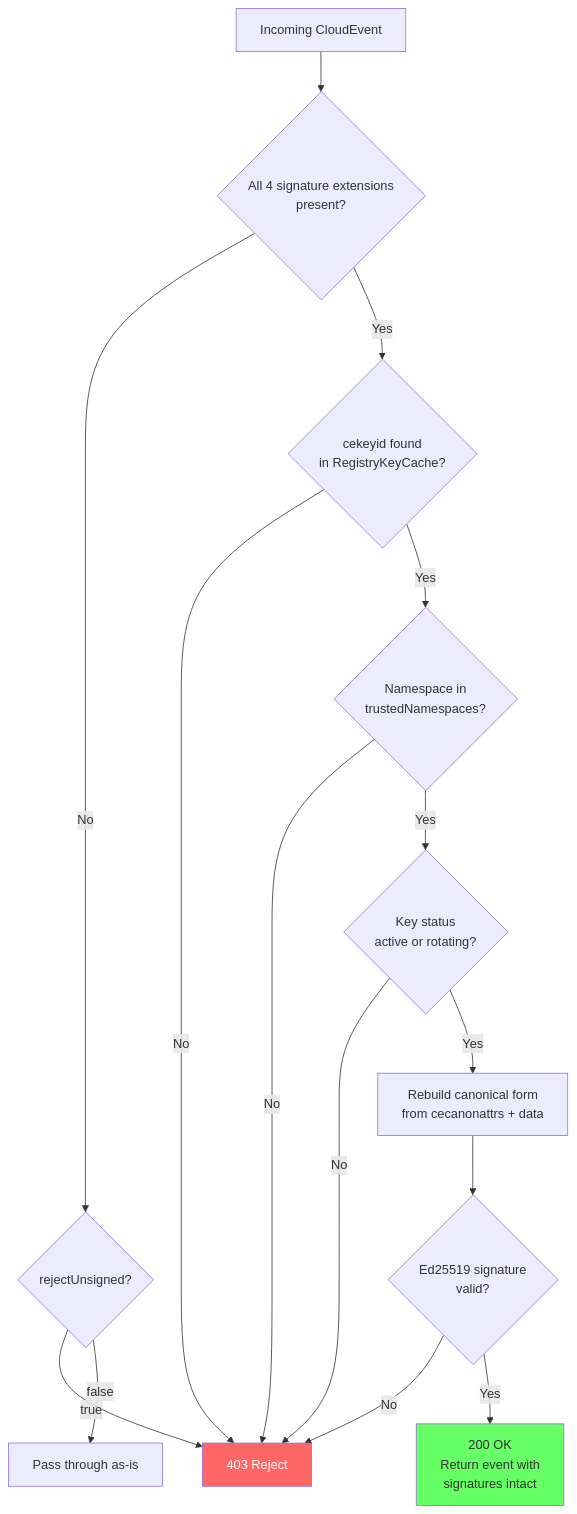
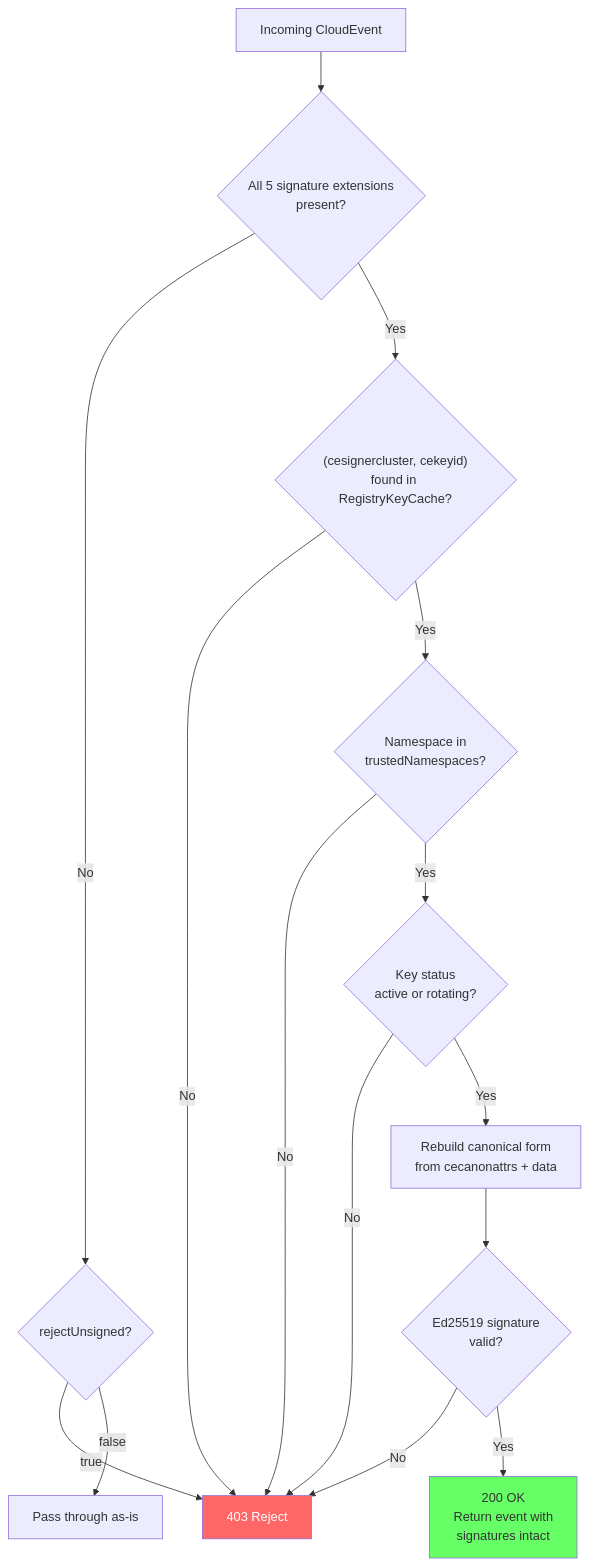
Before and after one commit to nrrso/eventing-signing-operator: the eighth of 10 diagrams in docs/FLOWCHART.md, drawn with Mermaid. The commit also changed other lines of this file, not shown here.

First line of the commit message:
chore(docs): update FLOWCHART.md for current state and add UC2 federation scenario

````diff
--- a/docs/FLOWCHART.md
+++ b/docs/FLOWCHART.md
@@ -151,25 +200,25 @@
 ```mermaid
 flowchart TD
-    A[Incoming CloudEvent] --> B{All 4 signature extensions<br/>present?}
+    A[Incoming CloudEvent] --> B{All 5 signature extensions<br/>present?}
 
     B -- No --> C{rejectUnsigned?}
     C -- true --> D[403 Reject]
     C -- false --> E[Pass through as-is]
 
-    B -- Yes --> F{cekeyid found<br/>in RegistryKeyCache?}
+    B -- Yes --> F{"(cesignercluster, cekeyid)<br/>found in RegistryKeyCache?"}
     F -- No --> D
 
     F -- Yes --> G{Namespace in<br/>trustedNamespaces?}
     G -- No --> D
 
     G -- Yes --> H{Key status<br/>active or rotating?}
     H -- No --> D
 
     H -- Yes --> I[Rebuild canonical form<br/>from cecanonattrs + data]
     I --> J{Ed25519 signature<br/>valid?}
     J -- No --> D
     J -- Yes --> K[200 OK<br/>Return event with<br/>signatures intact]
 
     style D fill:#f66,color:#fff
     style K fill:#6f6
 ```
````
